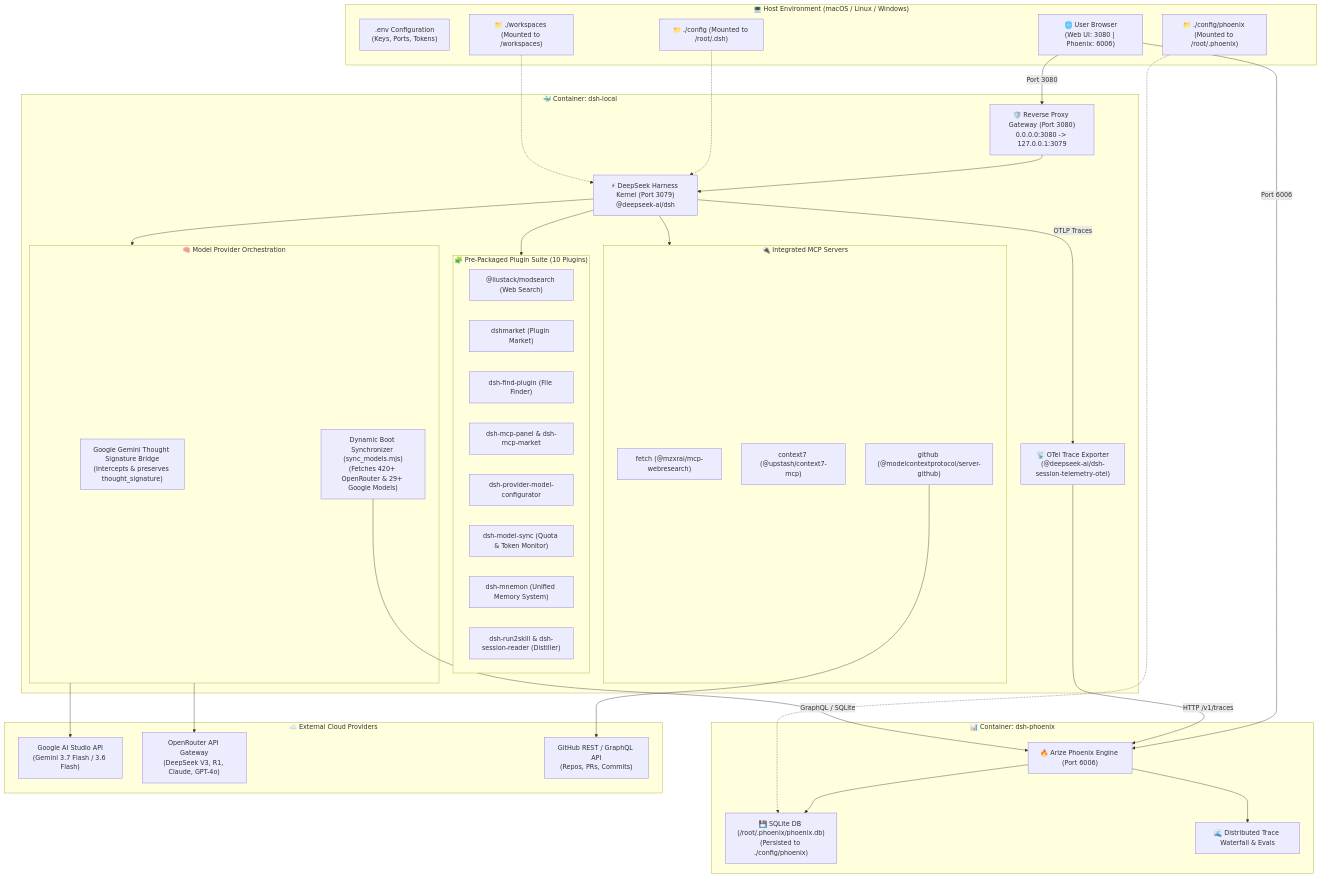
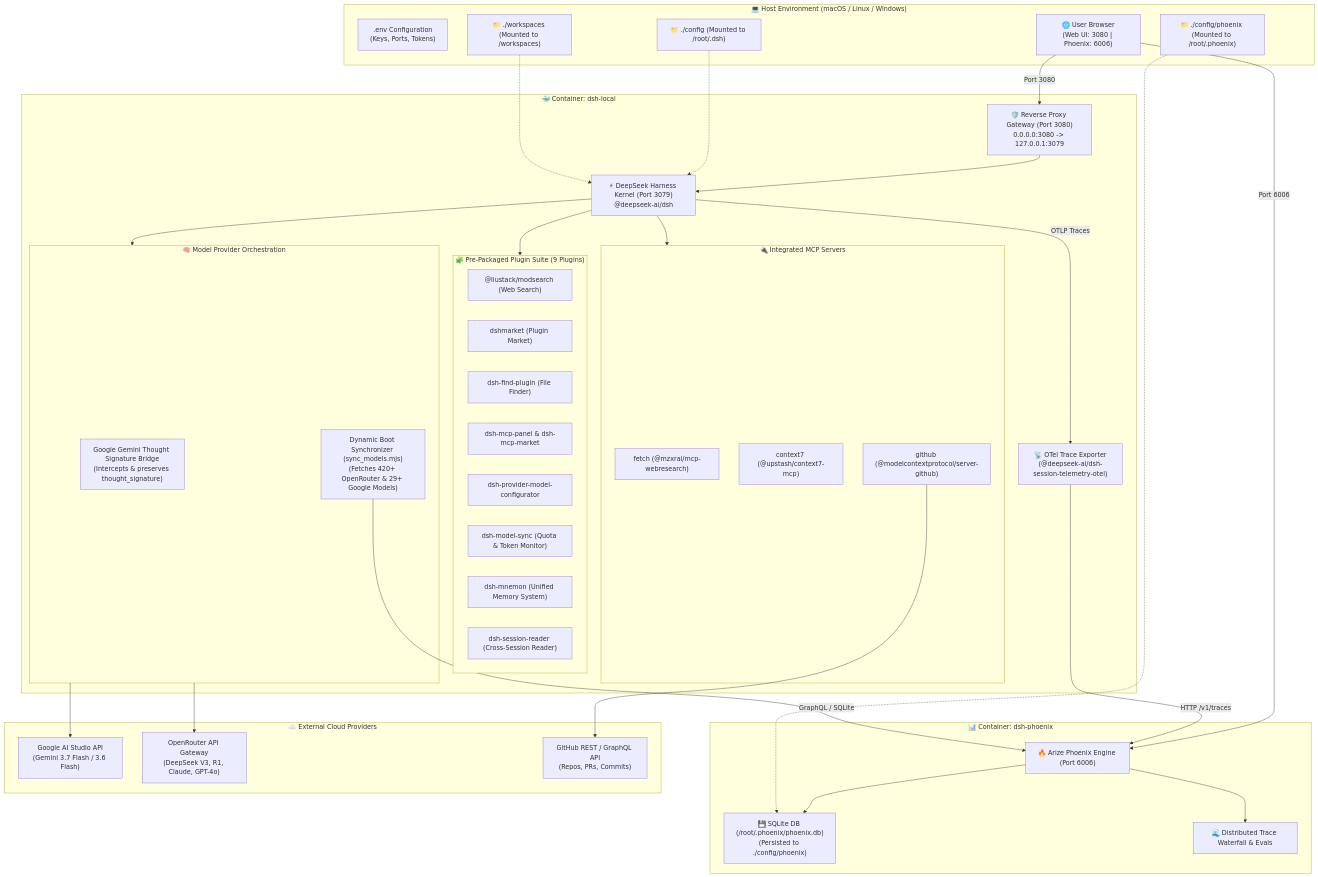
One commit to hdjebar/DSH-DDS changed the diagram in docs/architecture.md. Above: the diagram before and after it, drawn with Mermaid. The commit also changed 5 other files, not shown here.

Commit message:
refactor: remove dsh-run2skill in favor of native pure English persona distiller

````diff
--- a/docs/architecture.md
+++ b/docs/architecture.md
@@ -3,72 +3,72 @@
 ```mermaid
 flowchart TD
     subgraph Host ["💻 Host Environment (macOS / Linux / Windows)"]
         ENV[".env Configuration\n(Keys, Ports, Tokens)"]
         VOL_CFG["📁 ./config (Mounted to /root/.dsh)"]
         VOL_PHX["📁 ./config/phoenix (Mounted to /root/.phoenix)"]
         VOL_WS["📁 ./workspaces (Mounted to /workspaces)"]
         BROWSER["🌐 User Browser\n(Web UI: 3080 | Phoenix: 6006)"]
     end
 
     subgraph DSH_Container ["🐳 Container: dsh-local"]
         PROXY["🛡️ Reverse Proxy Gateway (Port 3080)\n0.0.0.0:3080 -> 127.0.0.1:3079"]
         CORE["⚡ DeepSeek Harness Kernel (Port 3079)\n@deepseek-ai/dsh"]
         
-        subgraph Plugins ["🧩 Pre-Packaged Plugin Suite (10 Plugins)"]
+        subgraph Plugins ["🧩 Pre-Packaged Plugin Suite (9 Plugins)"]
             PLUG_SRC["@liustack/modsearch (Web Search)"]
             PLUG_MKT["dshmarket (Plugin Market)"]
             PLUG_FIND["dsh-find-plugin (File Finder)"]
             PLUG_MCP_PNL["dsh-mcp-panel & dsh-mcp-market"]
             PLUG_CFG["dsh-provider-model-configurator"]
             PLUG_SYNC["dsh-model-sync (Quota & Token Monitor)"]
             PLUG_MNEM["dsh-mnemon (Unified Memory System)"]
-            PLUG_DISTILL["dsh-run2skill & dsh-session-reader (Distiller)"]
+            PLUG_DISTILL["dsh-session-reader (Cross-Session Reader)"]
         end
 
         subgraph MCP_Servers ["🔌 Integrated MCP Servers"]
             MCP_FETCH["fetch (@mzxrai/mcp-webresearch)"]
             MCP_CTX["context7 (@upstash/context7-mcp)"]
             MCP_GH["github (@modelcontextprotocol/server-github)"]
         end
 
         subgraph LLM_Bridges ["🧠 Model Provider Orchestration"]
             BRIDGE_GEMINI["Google Gemini Thought Signature Bridge\n(Intercepts & preserves thought_signature)"]
             AUTO_SYNC["Dynamic Boot Synchronizer (sync_models.mjs)\n(Fetches 420+ OpenRouter & 29+ Google Models)"]
         end
 
         OTEL_EXPORTER["📡 OTel Trace Exporter\n(@deepseek-ai/dsh-session-telemetry-otel)"]
     end
 
     subgraph Phoenix_Container ["📊 Container: dsh-phoenix"]
         PHOENIX_SRV["🔥 Arize Phoenix Engine (Port 6006)"]
         SQLITE_DB["💾 SQLite DB (/root/.phoenix/phoenix.db)\n(Persisted to ./config/phoenix)"]
         TRACES["🌊 Distributed Trace Waterfall & Evals"]
     end
 
     subgraph External_APIs ["☁️ External Cloud Providers"]
         API_GEMINI["Google AI Studio API\n(Gemini 3.7 Flash / 3.6 Flash)"]
         API_OPENROUTER["OpenRouter API Gateway\n(DeepSeek V3, R1, Claude, GPT-4o)"]
         API_GITHUB["GitHub REST / GraphQL API\n(Repos, PRs, Commits)"]
     end
 
     %% Connections
     BROWSER -->|Port 3080| PROXY
     BROWSER -->|Port 6006| PHOENIX_SRV
     PROXY --> CORE
     CORE --> Plugins
     CORE --> MCP_Servers
     CORE --> LLM_Bridges
     LLM_Bridges --> API_GEMINI
     LLM_Bridges --> API_OPENROUTER
     MCP_GH --> API_GITHUB
     
     CORE -->|OTLP Traces| OTEL_EXPORTER
     OTEL_EXPORTER -->|HTTP /v1/traces| PHOENIX_SRV
     PHOENIX_SRV --> SQLITE_DB
     PHOENIX_SRV --> TRACES
     AUTO_SYNC -->|GraphQL / SQLite| PHOENIX_SRV
 
     VOL_CFG -.-> CORE
     VOL_PHX -.-> SQLITE_DB
     VOL_WS -.-> CORE
 ```
````
